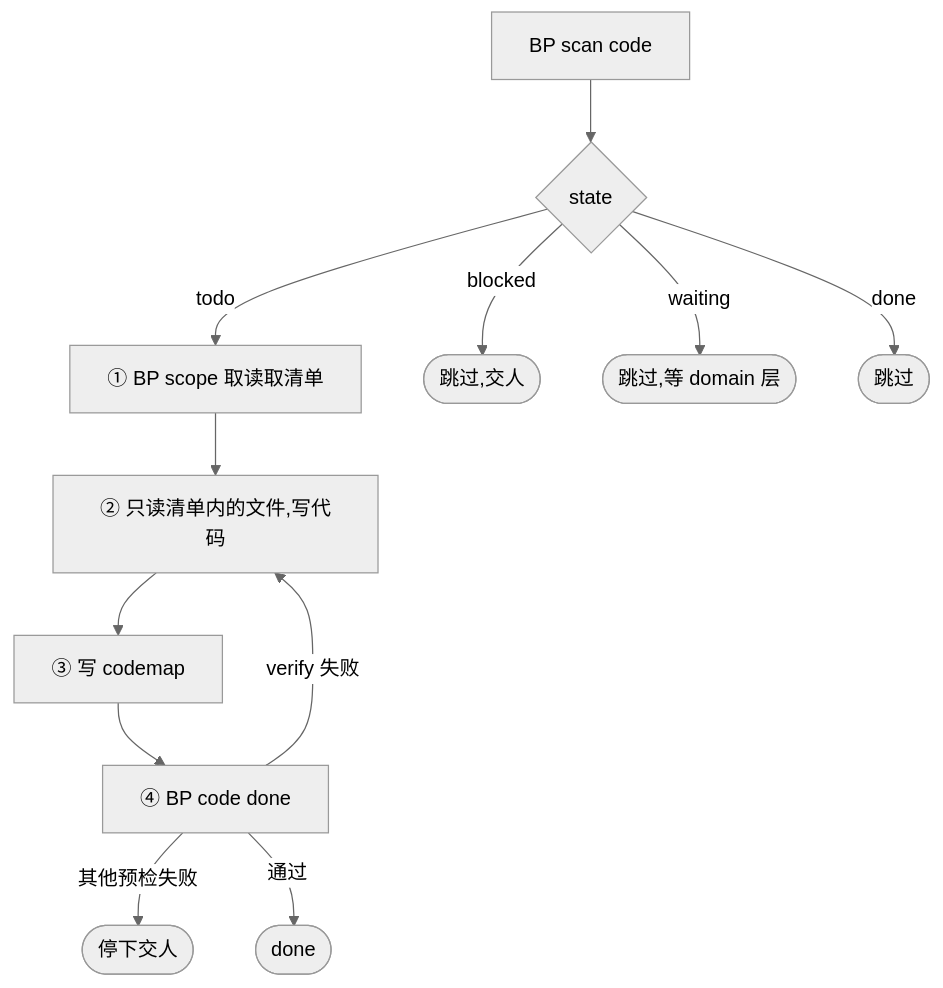
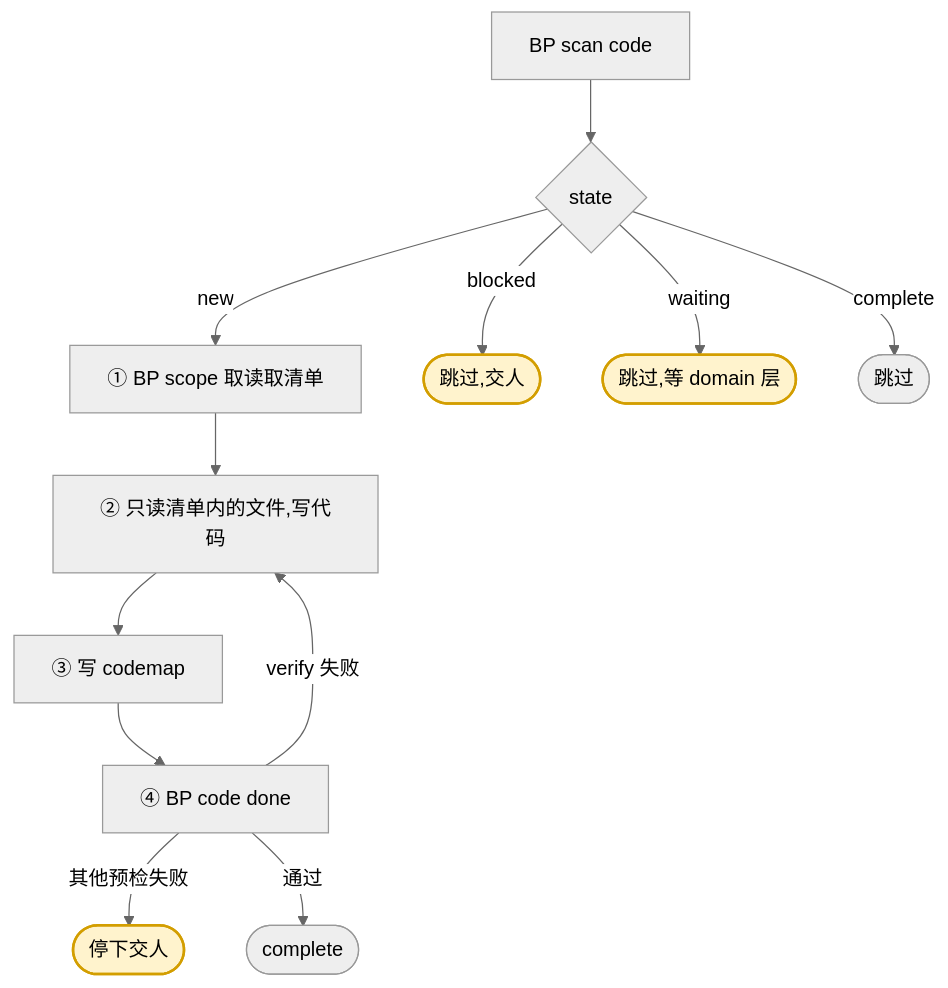
One commit to chxt100016/blueprint changed the diagram in skills/blueprint/assets/skills/code.md. Above: the diagram before and after it, drawn with Mermaid (neutral theme). The commit also changed other lines of this file and 66 other files, not shown here.

````diff
--- a/skills/blueprint/assets/skills/code.md
+++ b/skills/blueprint/assets/skills/code.md
@@ -41,14 +41,17 @@
 ```mermaid
 flowchart TD
     A[BP scan code] --> B{state}
-    B -->|todo| C[① BP scope 取读取清单]
+    B -->|new| C[① BP scope 取读取清单]
     B -->|blocked| D([跳过,交人])
     B -->|waiting| E([跳过,等 domain 层])
-    B -->|done| F([跳过])
+    B -->|complete| F([跳过])
     C --> G[② 只读清单内的文件,写代码]
     G --> H[③ 写 codemap]
     H --> I[④ BP code done]
     I -->|verify 失败| G
     I -->|其他预检失败| J([停下交人])
-    I -->|通过| K([done])
+    I -->|通过| K([complete])
+
+    classDef human fill:#fff3cd,stroke:#d39e00,stroke-width:2px
+    class D,E,J human
 ```
````
